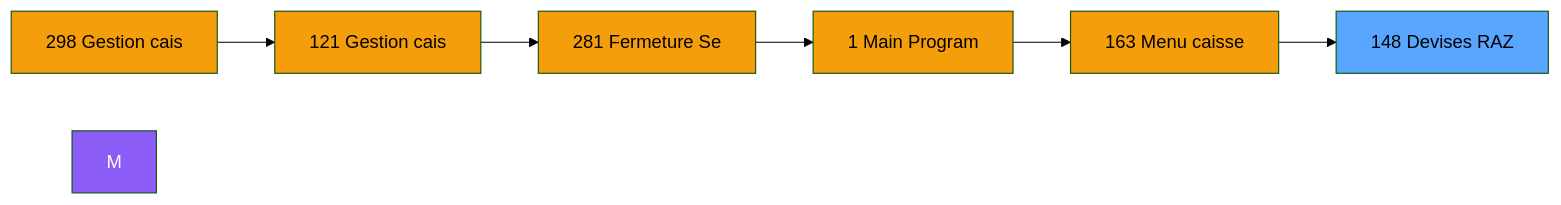
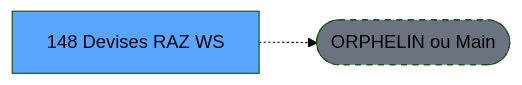
The second of 3 diagrams in .openspec/renders/ADH-IDE-148.md (thonyAGP/lecteur-magic), drawn with Mermaid (forest theme) before and after one commit. The commit also changed other lines of this file and 701 other files, not shown here.

````diff
--- a/.openspec/renders/ADH-IDE-148.md
+++ b/.openspec/renders/ADH-IDE-148.md
@@ -108,21 +119,8 @@
 ```mermaid
 graph LR
-    N298[298 Gestion cais]
-    N121[121 Gestion cais]
-    N281[281 Fermeture Se]
-    N1[1 Main Program]
-    N163[163 Menu caisse ]
-    T[148 Devises RAZ ]
-    N298 --> N121
-    N121 --> N281
-    N281 --> N1
-    N1 --> N163
-    N163 --> T
-    style M fill:#8b5cf6,color:#fff
-    style N298 fill:#f59e0b
-    style N121 fill:#f59e0b
-    style N281 fill:#f59e0b
-    style N1 fill:#f59e0b
-    style N163 fill:#f59e0b
+    T[148 Devises RAZ WS]
+    ORPHAN([ORPHELIN ou Main])
+    T -.-> ORPHAN
     style T fill:#58a6ff,color:#000
+    style ORPHAN fill:#6b7280,stroke-dasharray: 5 5
 ```
````
